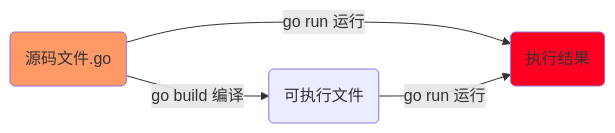
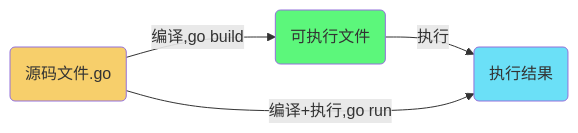
The first of 2 diagrams in _posts/2017-05-04-go-program.md (Gaohaoyang/gaohaoyang.github.io), drawn with Mermaid before and after one commit. The commit also changed other lines of this file, not shown here.

Commit message:
编译流程图优化

```diff
--- a/_posts/2017-05-04-go-program.md
+++ b/_posts/2017-05-04-go-program.md
@@ -330,7 +330,12 @@
 <div class="mermaid">
     graph LR
-    A(源码文件.go) -->|go build 编译| B(可执行文件)
-    A & B -->|go run 运行| C(执行结果)
-    style A fill:#f96;
-    style C fill:#f02;
+    A(源码文件.go):::orange -->|编译,go build| B(可执行文件):::green
+    B -->|执行| C(执行结果):::blue
+    A -->|编译+执行,go run|C
+    %%A & B -->|运行,go run | C(执行结果)
+
+    classDef red fill:#f02; 
+    classDef green fill:#5CF77B; 
+    classDef blue fill:#6BE0F7; 
+    classDef orange fill:#F7CF6B;
 </div>
```
